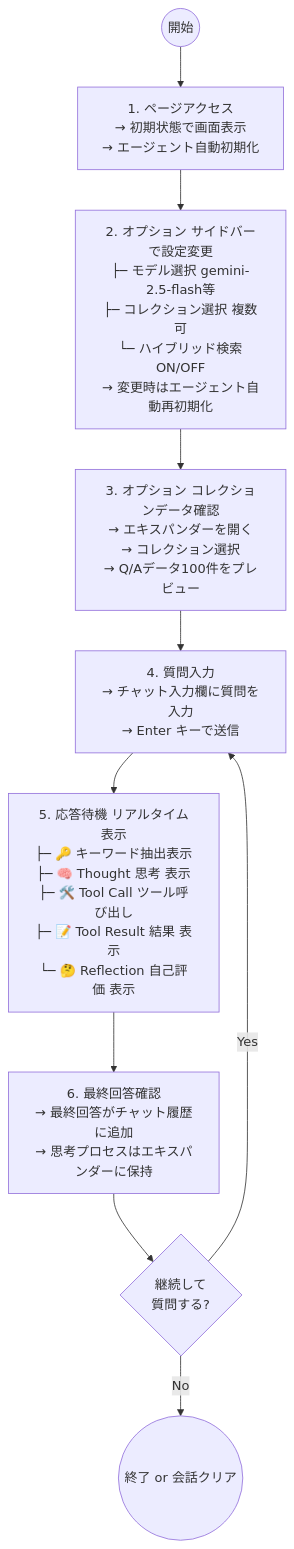
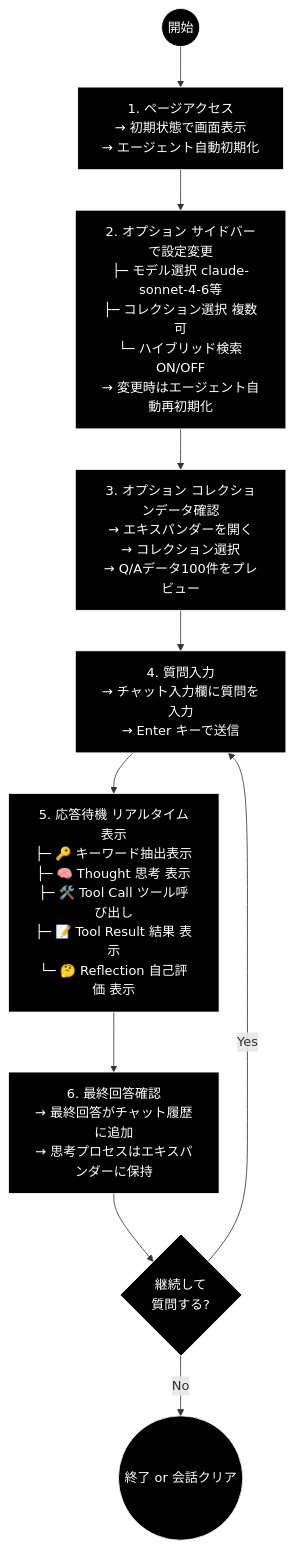
The fourth of 7 diagrams in ui/doc/agent_chat_page.md (nakashima2toshio/anthropic_grace_agent_v2), drawn with Mermaid before and after one commit. The commit also changed other lines of this file and 14 other files, not shown here.

````diff
--- a/ui/doc/agent_chat_page.md
+++ b/ui/doc/agent_chat_page.md
@@ -330,24 +341,27 @@
 ```mermaid
 flowchart TB
     START((開始))
 
     STEP1["1. ページアクセス<br/>→ 初期状態で画面表示<br/>→ エージェント自動初期化"]
 
-    STEP2["2. オプション サイドバーで設定変更<br/>├─ モデル選択 gemini-2.5-flash等<br/>├─ コレクション選択 複数可<br/>└─ ハイブリッド検索ON/OFF<br/>→ 変更時はエージェント自動再初期化"]
+    STEP2["2. オプション サイドバーで設定変更<br/>├─ モデル選択 claude-sonnet-4-6等<br/>├─ コレクション選択 複数可<br/>└─ ハイブリッド検索ON/OFF<br/>→ 変更時はエージェント自動再初期化"]
 
     STEP3["3. オプション コレクションデータ確認<br/>→ エキスパンダーを開く<br/>→ コレクション選択<br/>→ Q/Aデータ100件をプレビュー"]
 
     STEP4["4. 質問入力<br/>→ チャット入力欄に質問を入力<br/>→ Enter キーで送信"]
 
     STEP5["5. 応答待機 リアルタイム表示<br/>├─ 🔑 キーワード抽出表示<br/>├─ 🧠 Thought 思考 表示<br/>├─ 🛠️ Tool Call ツール呼び出し<br/>├─ 📝 Tool Result 結果 表示<br/>└─ 🤔 Reflection 自己評価 表示"]
 
     STEP6["6. 最終回答確認<br/>→ 最終回答がチャット履歴に追加<br/>→ 思考プロセスはエキスパンダーに保持"]
 
     DECISION{継続して<br/>質問する?}
 
     END_OR_CLEAR((終了 or 会話クリア))
 
     START --> STEP1 --> STEP2 --> STEP3 --> STEP4 --> STEP5 --> STEP6 --> DECISION
     DECISION -->|Yes| STEP4
     DECISION -->|No| END_OR_CLEAR
+classDef default fill:#000,stroke:#fff,color:#fff
+classDef subgraphStyle fill:#1a1a1a,stroke:#fff,color:#fff
+class START,STEP1,STEP2,STEP3,STEP4,STEP5,STEP6,DECISION,END_OR_CLEAR default
 ```
````
